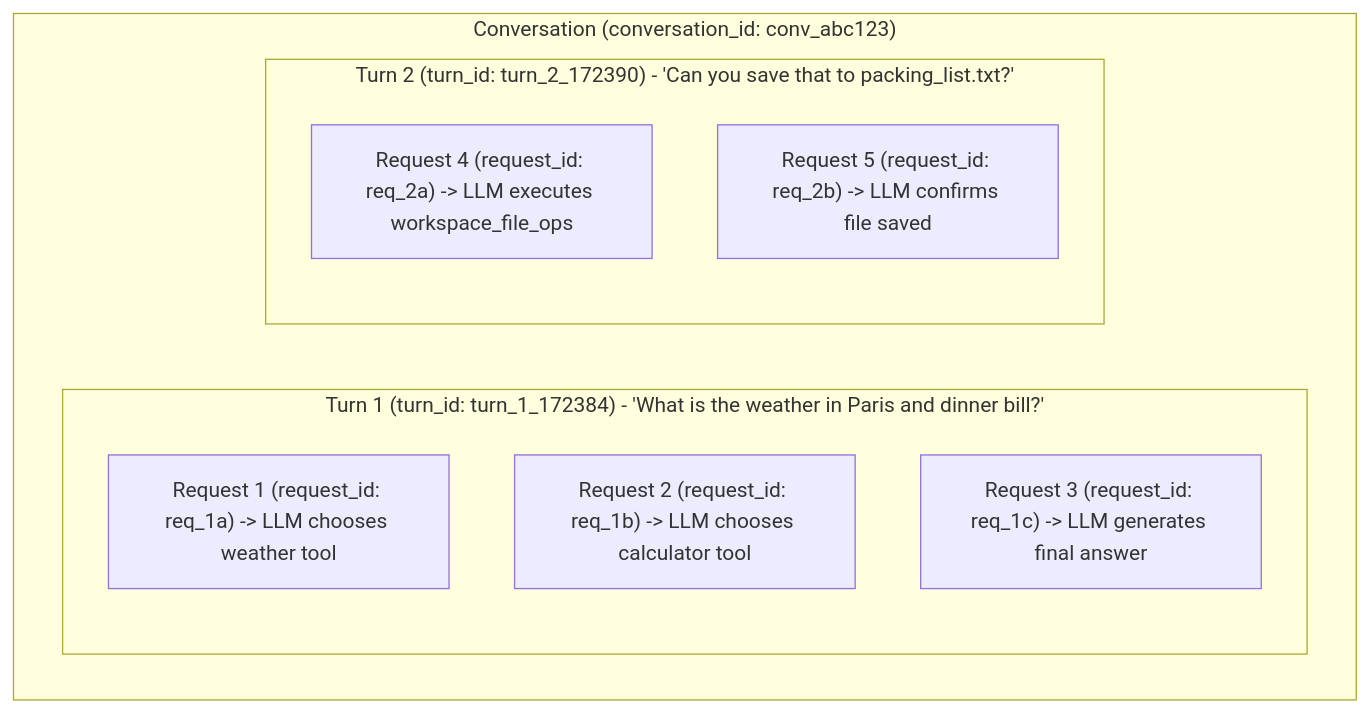
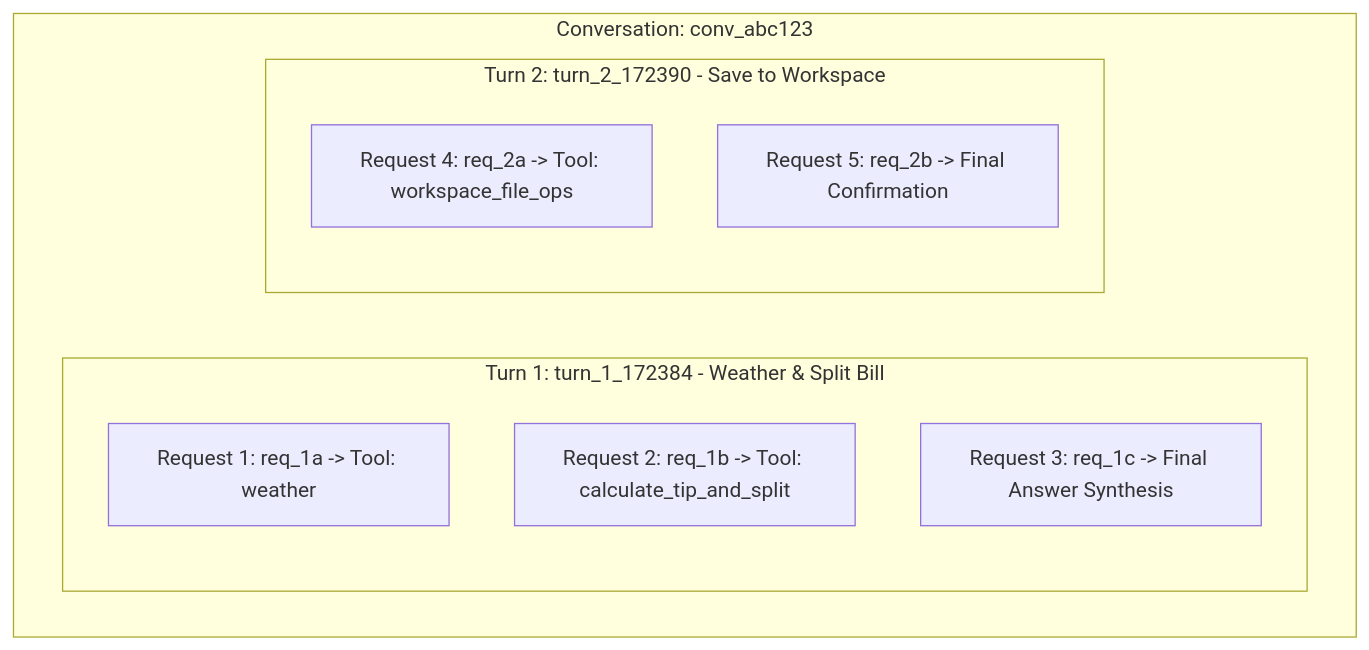
One commit to vdonthireddy/agentic-ai changed the diagram in webui/README.md. Above: the diagram before and after it, drawn with Mermaid. The commit also changed 1 other file, not shown here.

Commit message:
docs: fix Mermaid diagram syntax and link labels for GitHub markdown rendering

````diff
--- a/webui/README.md
+++ b/webui/README.md
@@ -53,14 +53,14 @@
 ```mermaid
 graph TD
-    subgraph Conversation["Conversation (conversation_id: conv_abc123)"]
-        subgraph Turn1["Turn 1 (turn_id: turn_1_172384) - 'What is the weather in Paris and dinner bill?'"]
-            R1["Request 1 (request_id: req_1a) -> LLM chooses weather tool"]
-            R2["Request 2 (request_id: req_1b) -> LLM chooses calculator tool"]
-            R3["Request 3 (request_id: req_1c) -> LLM generates final answer"]
+    subgraph Conv["Conversation: conv_abc123"]
+        subgraph Turn1["Turn 1: turn_1_172384 - Weather & Split Bill"]
+            R1["Request 1: req_1a -> Tool: weather"]
+            R2["Request 2: req_1b -> Tool: calculate_tip_and_split"]
+            R3["Request 3: req_1c -> Final Answer Synthesis"]
         end
-        subgraph Turn2["Turn 2 (turn_id: turn_2_172390) - 'Can you save that to packing_list.txt?'"]
-            R4["Request 4 (request_id: req_2a) -> LLM executes workspace_file_ops"]
-            R5["Request 5 (request_id: req_2b) -> LLM confirms file saved"]
+        subgraph Turn2["Turn 2: turn_2_172390 - Save to Workspace"]
+            R4["Request 4: req_2a -> Tool: workspace_file_ops"]
+            R5["Request 5: req_2b -> Final Confirmation"]
         end
     end
 ```
````
